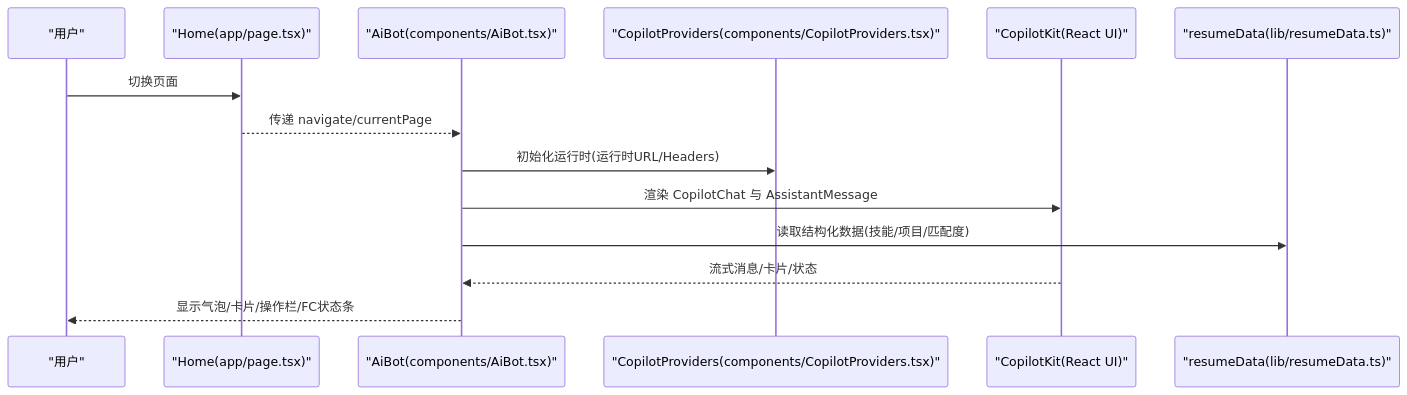
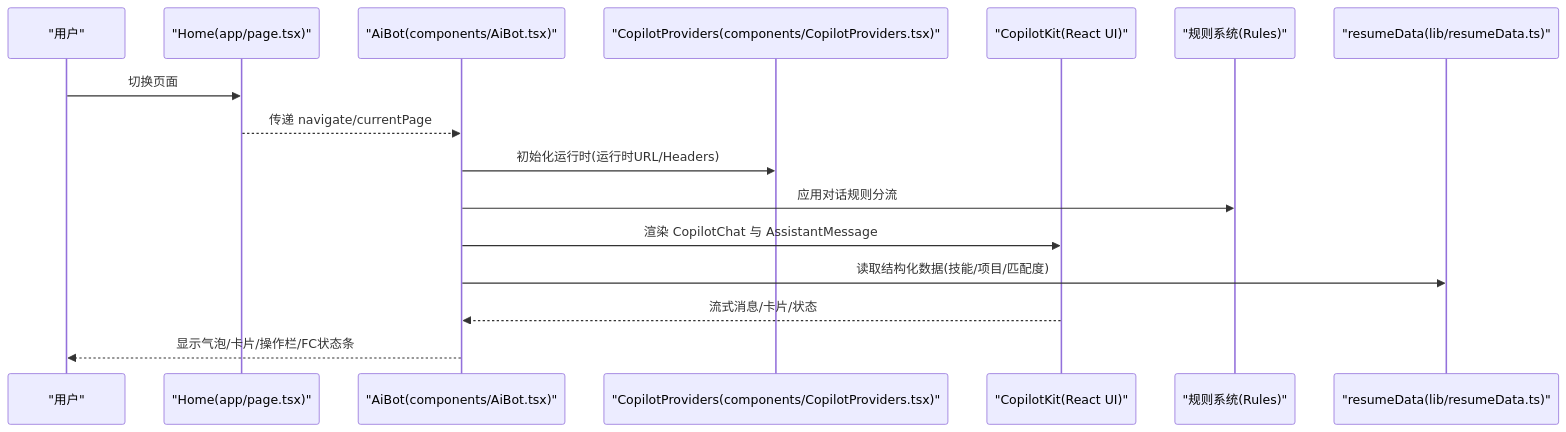
Before and after one commit to Fuqianjiao/General_Introduction_AIPM: the second of 9 diagrams in .qoder/repowiki/zh/content/AI 助手系统/AI 助手界面设计.md, drawn with Mermaid. The commit also changed other lines of this file and 9 other files, not shown here.

````diff
--- a/.qoder/repowiki/zh/content/AI 助手系统/AI 助手界面设计.md
+++ b/.qoder/repowiki/zh/content/AI 助手系统/AI 助手界面设计.md
@@ -84,16 +99,18 @@
 ```mermaid
 sequenceDiagram
 participant U as "用户"
 participant H as "Home(app/page.tsx)"
 participant AB as "AiBot(components/AiBot.tsx)"
 participant CP as "CopilotProviders(components/CopilotProviders.tsx)"
 participant CK as "CopilotKit(React UI)"
+participant RS as "规则系统(Rules)"
 participant RD as "resumeData(lib/resumeData.ts)"
 U->>H : 切换页面
 H-->>AB : 传递 navigate/currentPage
 AB->>CP : 初始化运行时(运行时URL/Headers)
+AB->>RS : 应用对话规则分流
 AB->>CK : 渲染 CopilotChat 与 AssistantMessage
 AB->>RD : 读取结构化数据(技能/项目/匹配度)
 CK-->>AB : 流式消息/卡片/状态
 AB-->>U : 显示气泡/卡片/操作栏/FC状态条
 ```
````
